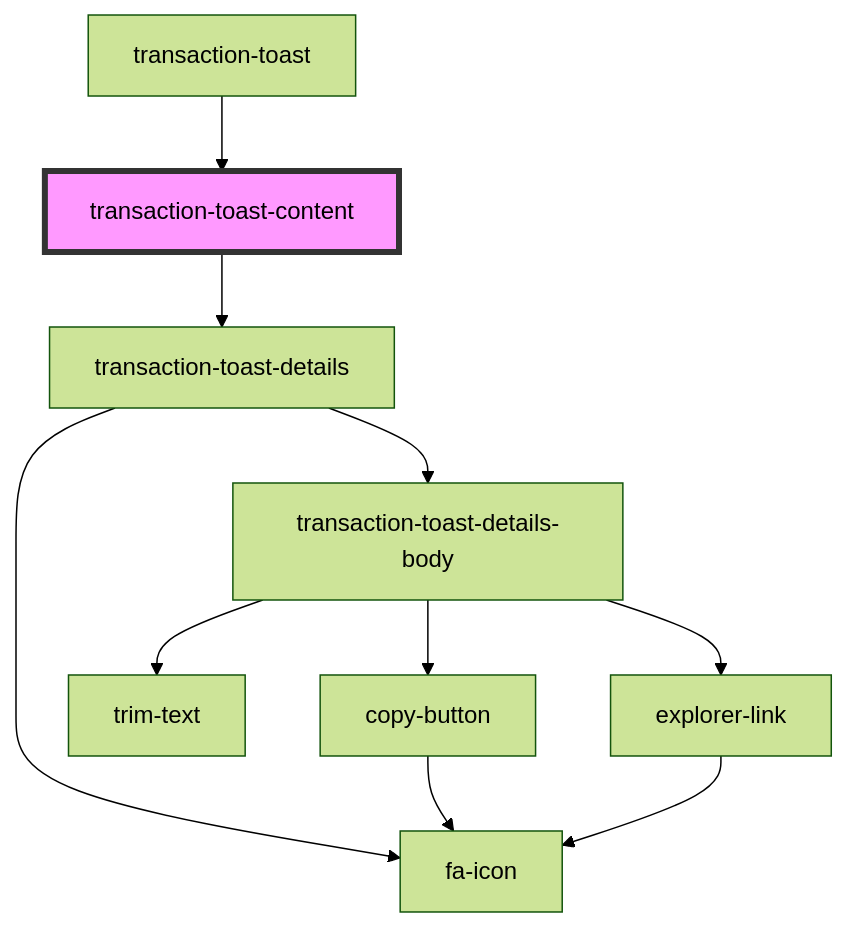
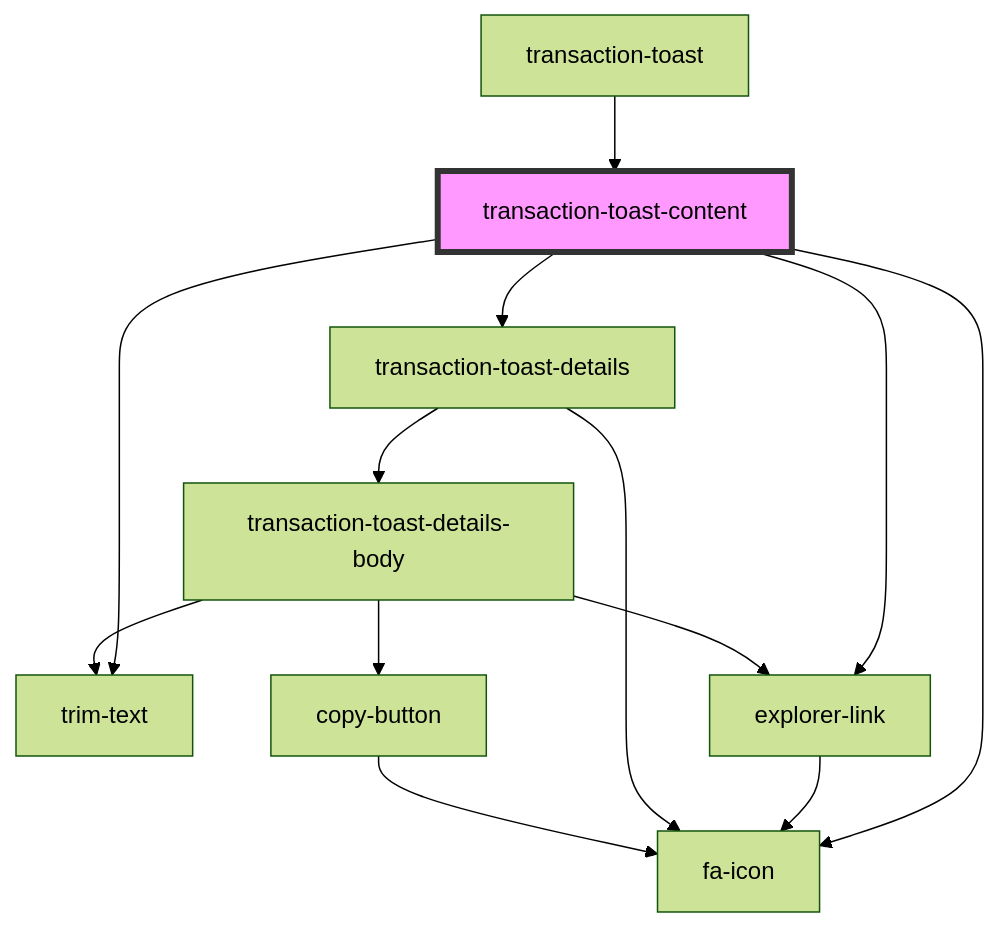
One commit to multiversx/mx-sdk-dapp-ui changed the diagram in src/components/functional/toasts-list/components/transaction-toast/components/transaction-toast-content/readme.md. Above: the diagram before and after it, drawn with Mermaid (forest theme). The commit also changed other lines of this file and 62 other files, not shown here.

````diff
--- a/src/components/functional/toasts-list/components/transaction-toast/components/transaction-toast-content/readme.md
+++ b/src/components/functional/toasts-list/components/transaction-toast/components/transaction-toast-content/readme.md
@@ -35,13 +39,16 @@
 ```mermaid
 graph TD;
+  transaction-toast-content --> fa-icon
+  transaction-toast-content --> trim-text
+  transaction-toast-content --> explorer-link
   transaction-toast-content --> transaction-toast-details
+  explorer-link --> fa-icon
   transaction-toast-details --> fa-icon
   transaction-toast-details --> transaction-toast-details-body
   transaction-toast-details-body --> trim-text
+  transaction-toast-details-body --> explorer-link
   transaction-toast-details-body --> copy-button
-  transaction-toast-details-body --> explorer-link
   copy-button --> fa-icon
-  explorer-link --> fa-icon
   transaction-toast --> transaction-toast-content
   style transaction-toast-content fill:#f9f,stroke:#333,stroke-width:4px
 ```
````
